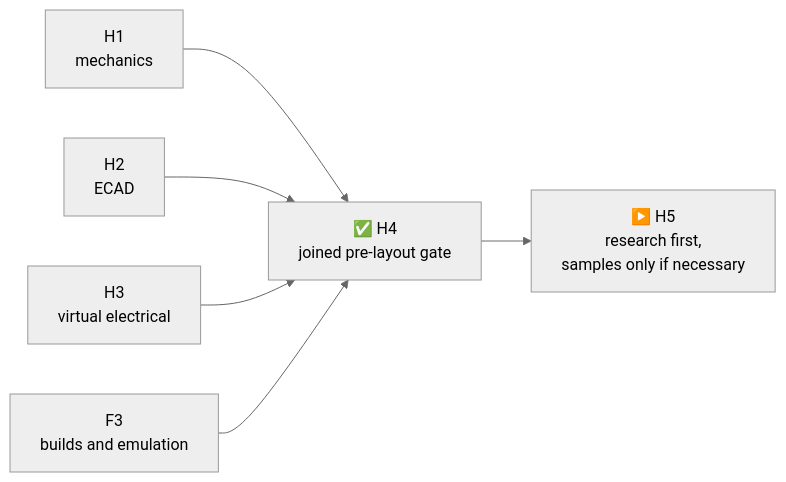
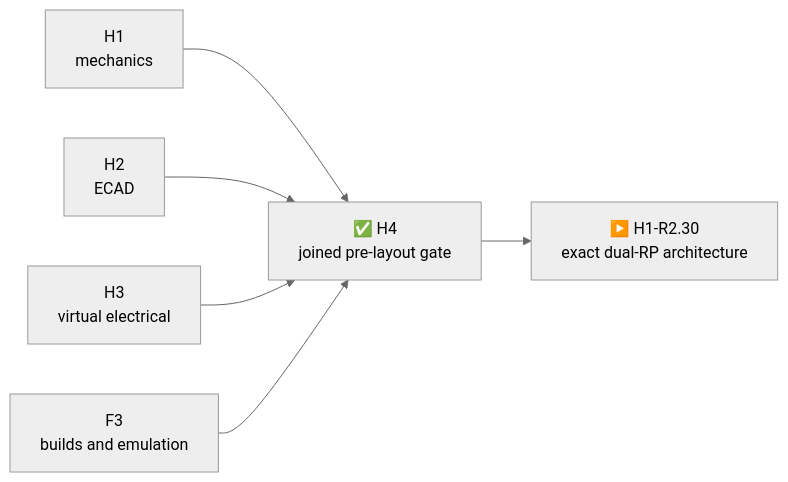
The diagram in docs/h4-prelayout-gate-report.md (anton-vinogradov/esp32-leshy2), drawn with Mermaid (neutral theme) before and after one commit. The commit also changed other lines of this file and 161 other files, not shown here.

````diff
--- a/docs/h4-prelayout-gate-report.md
+++ b/docs/h4-prelayout-gate-report.md
@@ -7,8 +7,8 @@
 ```mermaid
 flowchart LR
   H1["H1<br/>mechanics"] --> H4["✅ H4<br/>joined pre-layout gate"]
   H2["H2<br/>ECAD"] --> H4
   H3["H3<br/>virtual electrical"] --> H4
   F3["F3<br/>builds and emulation"] --> H4
-  H4 --> H5["▶️ H5<br/>research first,<br/>samples only if necessary"]
+  H4 --> R2["▶️ H1-R2.30<br/>exact dual-RP architecture"]
 ```
````
